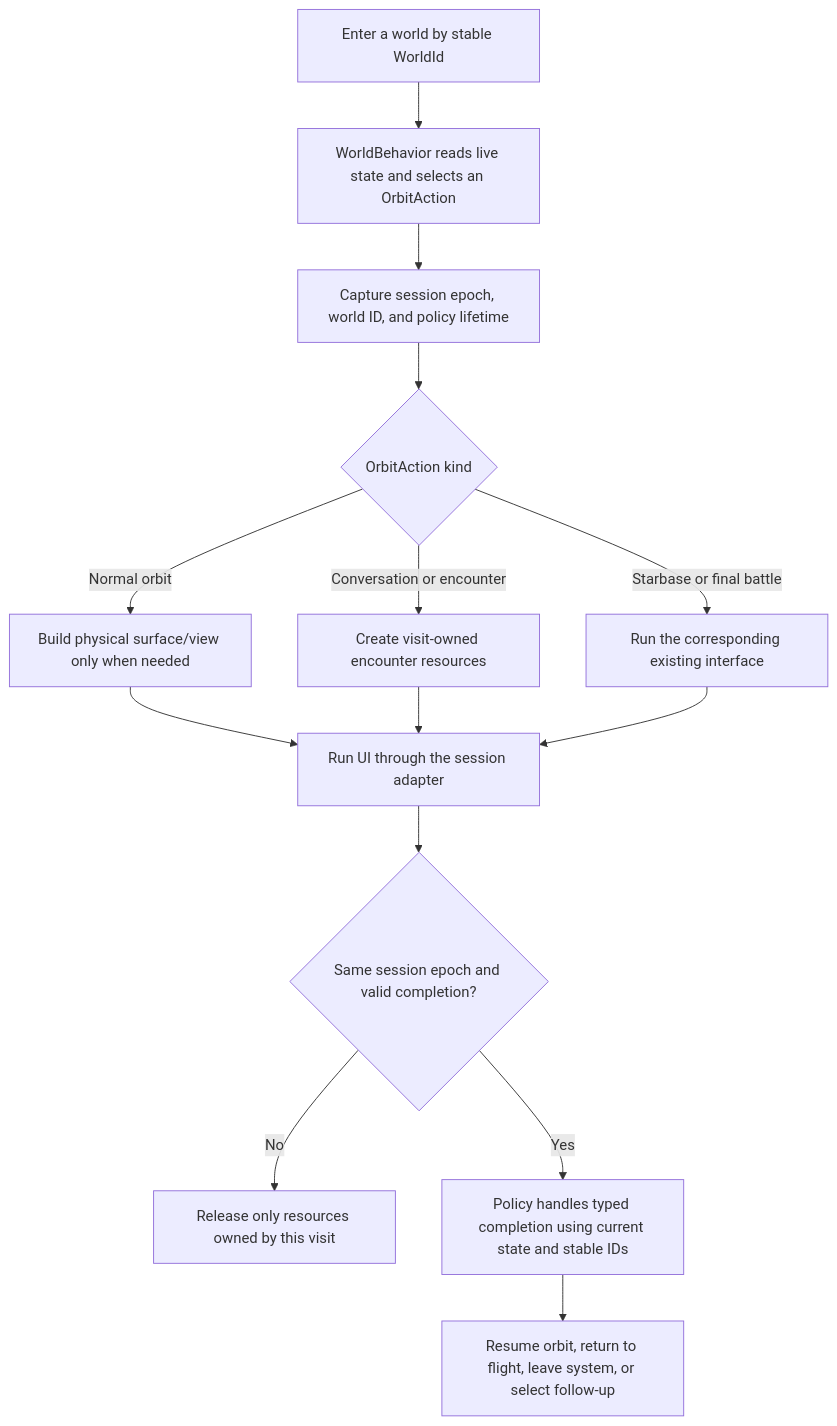
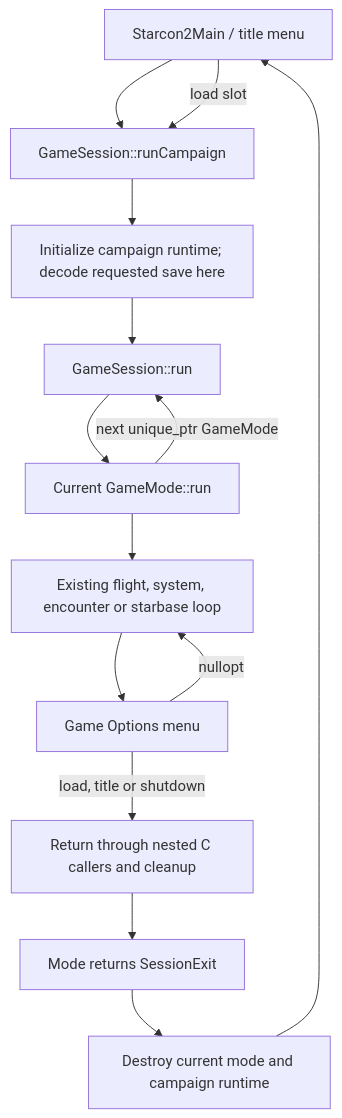
One commit to yost-jacob/uqm-cpp17 changed the diagram in docs/design/solar-system/orbit-entry.md. Above: the diagram before and after it, drawn with Mermaid. The commit also changed other lines of this file and 19 other files, not shown here.

Commit message:
Dispatch campaign modes and defer menu loads until stack cleanup

````diff
--- a/docs/design/solar-system/orbit-entry.md
+++ b/docs/design/solar-system/orbit-entry.md
@@ -34,16 +10,16 @@
 ```mermaid
 flowchart TD
-    Enter[Enter a world by stable WorldId] --> Prepare[WorldBehavior reads live state and selects an OrbitAction]
-    Prepare --> Visit[Capture session epoch, world ID, and policy lifetime]
-    Visit --> Kind{OrbitAction kind}
-    Kind -->|Normal orbit| Surface[Build physical surface/view only when needed]
-    Kind -->|Conversation or encounter| Encounter[Create visit-owned encounter resources]
-    Kind -->|Starbase or final battle| Special[Run the corresponding existing interface]
-    Surface --> Run[Run UI through the session adapter]
-    Encounter --> Run
-    Special --> Run
-    Run --> Same{Same session epoch and valid completion?}
-    Same -->|No| Drop[Release only resources owned by this visit]
-    Same -->|Yes| Complete[Policy handles typed completion using current state and stable IDs]
-    Complete --> Transition[Resume orbit, return to flight, leave system, or select follow-up]
+    App[Starcon2Main / title menu] --> Session[GameSession::runCampaign]
+    Session --> Init[Initialize campaign runtime; decode requested save here]
+    Init --> Dispatch[GameSession::run]
+    Dispatch --> Mode[Current GameMode::run]
+    Mode --> Subgame[Existing flight, system, encounter or starbase loop]
+    Subgame --> Menu[Game Options menu]
+    Menu -->|nullopt| Subgame
+    Menu -->|load, title or shutdown| Unwind[Return through nested C callers and cleanup]
+    Unwind --> Result[Mode returns SessionExit]
+    Mode -->|next unique_ptr GameMode| Dispatch
+    Result --> Destroy[Destroy current mode and campaign runtime]
+    Destroy --> App
+    App -->|load slot| Session
 ```
````
